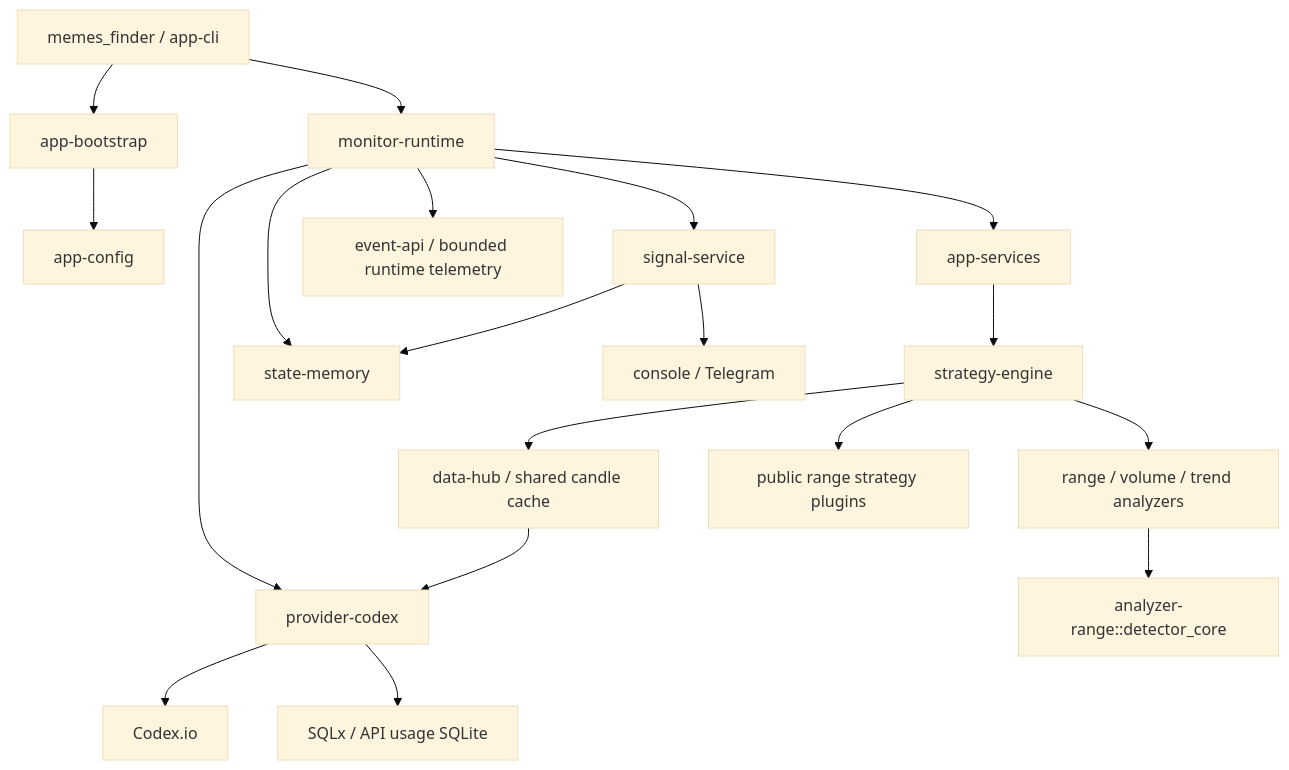
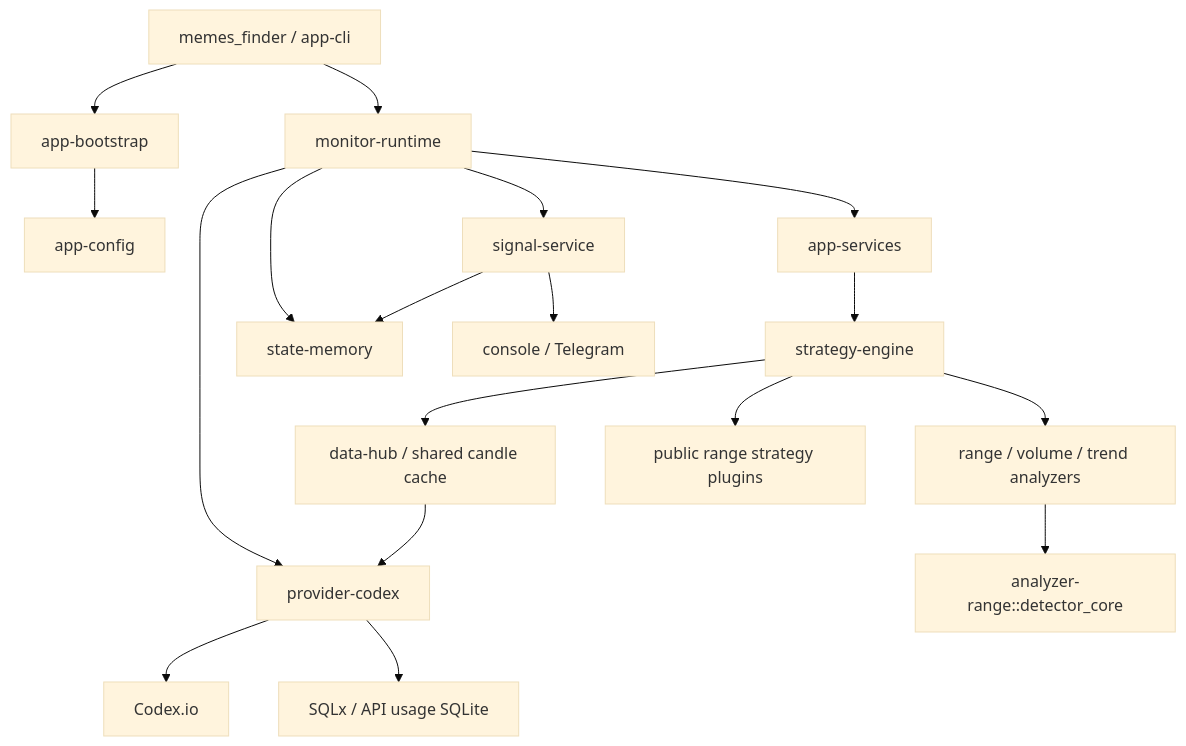
The diagram in docs/arch.md (demvy/memsi), drawn with Mermaid (base theme) before and after one commit. The commit also changed other lines of this file and 120 other files, not shown here.

````diff
--- a/docs/arch.md
+++ b/docs/arch.md
@@ -5,21 +5,20 @@
 ```mermaid
 flowchart TD
     CLI[memes_finder / app-cli] --> Bootstrap[app-bootstrap]
     Bootstrap --> Config[app-config]
     CLI --> Runtime[monitor-runtime]
     Runtime --> Provider[provider-codex]
     Provider --> Codex[Codex.io]
     Provider --> Quota[SQLx / API usage SQLite]
     Runtime --> Services[app-services]
     Services --> Engine[strategy-engine]
     Engine --> Hub[data-hub / shared candle cache]
     Hub --> Provider
     Engine --> Analysis[range / volume / trend analyzers]
     Analysis --> Detector[analyzer-range::detector_core]
     Engine --> Strategies[public range strategy plugins]
     Runtime --> State[state-memory]
     Runtime --> Delivery[signal-service]
     Delivery --> State
     Delivery --> Sinks[console / Telegram]
-    Runtime --> Events[event-api / bounded runtime telemetry]
 ```
````
